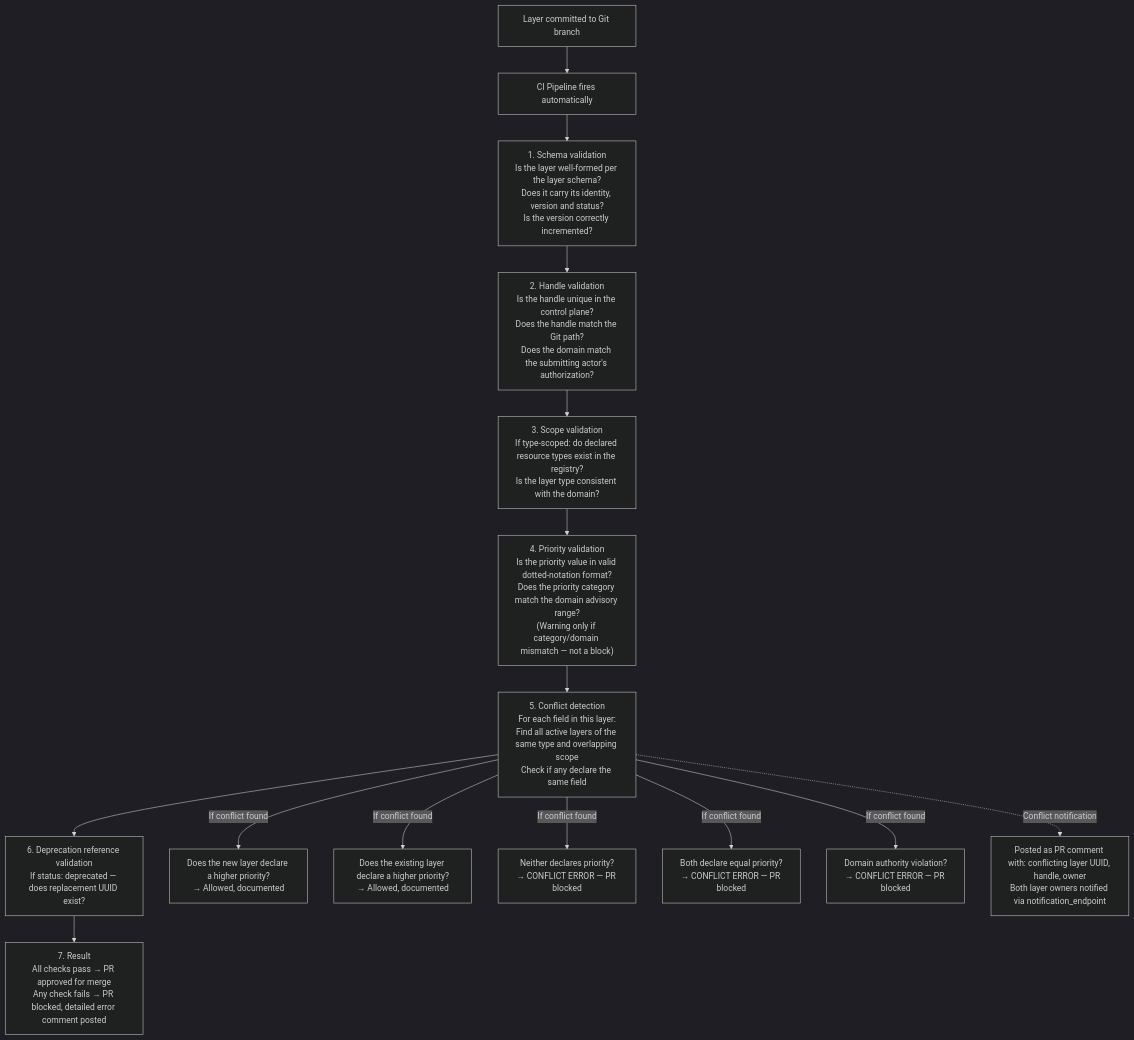
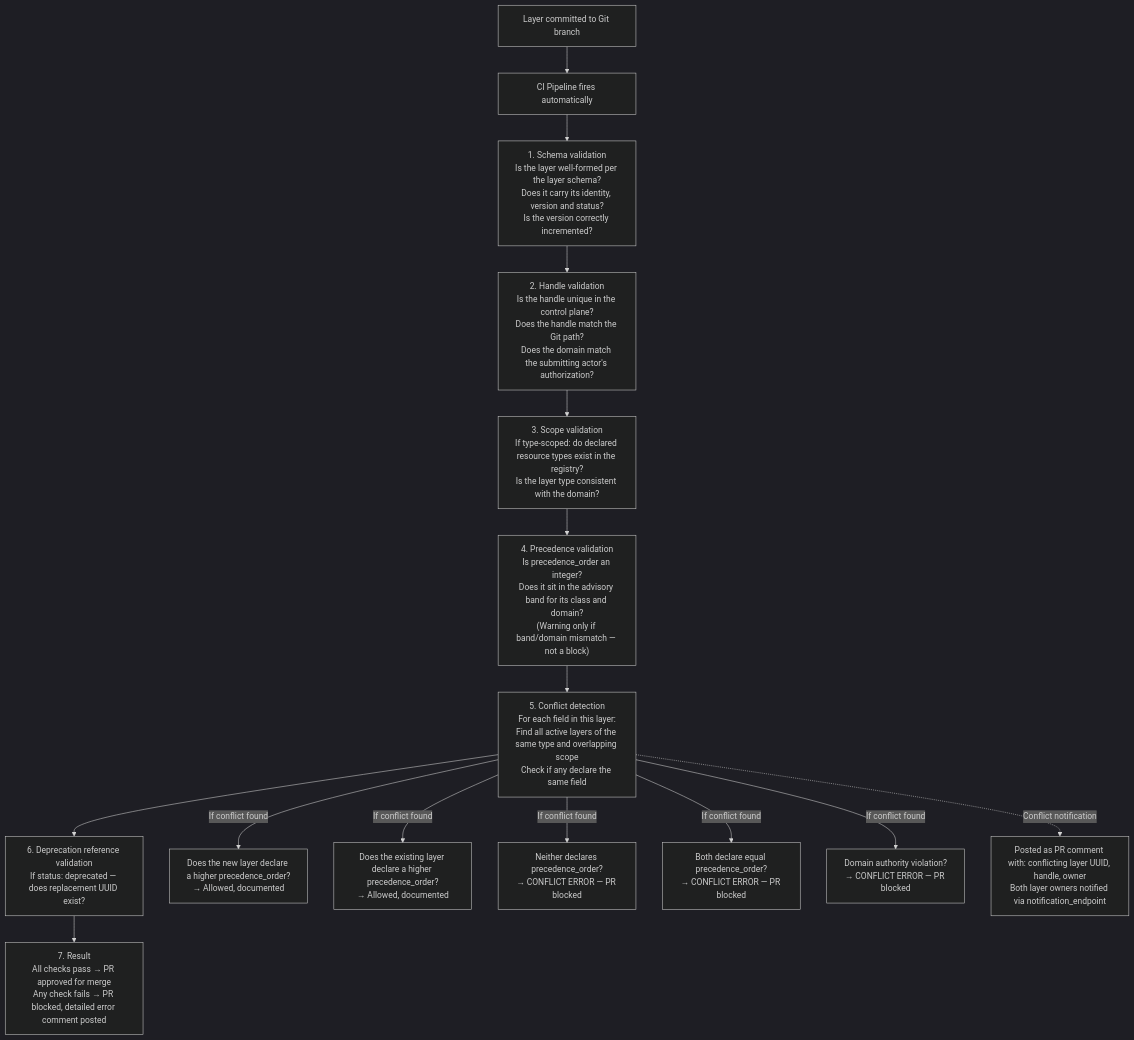
The second of 3 diagrams in docs/spec/foundations/layering-and-versioning.md (croadfeldt/udlm), drawn with Mermaid (dark theme) before and after one commit. The commit also changed other lines of this file and 18 other files, not shown here.

````diff
--- a/docs/spec/foundations/layering-and-versioning.md
+++ b/docs/spec/foundations/layering-and-versioning.md
@@ -970,23 +963,23 @@
 ```mermaid
 flowchart TD
     G["Layer committed to Git branch"]
     CI["CI Pipeline fires automatically"]
     S1["1. Schema validation<br/>Is the layer well-formed per the layer schema?<br/>Does it carry its identity, version and status?<br/>Is the version correctly incremented?"]
     S2["2. Handle validation<br/>Is the handle unique in the control plane?<br/>Does the handle match the Git path?<br/>Does the domain match the submitting actor's authorization?"]
     S3["3. Scope validation<br/>If type-scoped: do declared resource types exist in the registry?<br/>Is the layer type consistent with the domain?"]
-    S4["4. Priority validation<br/>Is the priority value in valid dotted-notation format?<br/>Does the priority category match the domain advisory range?<br/>(Warning only if category/domain mismatch — not a block)"]
+    S4["4. Precedence validation<br/>Is precedence_order an integer?<br/>Does it sit in the advisory band for its class and domain?<br/>(Warning only if band/domain mismatch — not a block)"]
     S5["5. Conflict detection<br/>For each field in this layer:<br/>Find all active layers of the same type and overlapping scope<br/>Check if any declare the same field"]
     S6["6. Deprecation reference validation<br/>If status: deprecated — does replacement UUID exist?"]
     S7["7. Result<br/>All checks pass → PR approved for merge<br/>Any check fails → PR blocked, detailed error comment posted"]
 
     G --> CI --> S1 --> S2 --> S3 --> S4 --> S5
 
-    S5 -->|If conflict found| C1["Does the new layer declare a higher priority?<br/>→ Allowed, documented"]
-    S5 -->|If conflict found| C2["Does the existing layer declare a higher priority?<br/>→ Allowed, documented"]
-    S5 -->|If conflict found| C3["Neither declares priority?<br/>→ CONFLICT ERROR — PR blocked"]
-    S5 -->|If conflict found| C4["Both declare equal priority?<br/>→ CONFLICT ERROR — PR blocked"]
+    S5 -->|If conflict found| C1["Does the new layer declare a higher precedence_order?<br/>→ Allowed, documented"]
+    S5 -->|If conflict found| C2["Does the existing layer declare a higher precedence_order?<br/>→ Allowed, documented"]
+    S5 -->|If conflict found| C3["Neither declares precedence_order?<br/>→ CONFLICT ERROR — PR blocked"]
+    S5 -->|If conflict found| C4["Both declare equal precedence_order?<br/>→ CONFLICT ERROR — PR blocked"]
     S5 -->|If conflict found| C5["Domain authority violation?<br/>→ CONFLICT ERROR — PR blocked"]
     S5 -.->|Conflict notification| CN["Posted as PR comment with: conflicting layer UUID, handle, owner<br/>Both layer owners notified via notification_endpoint"]
 
     S5 --> S6 --> S7
 ```
````
